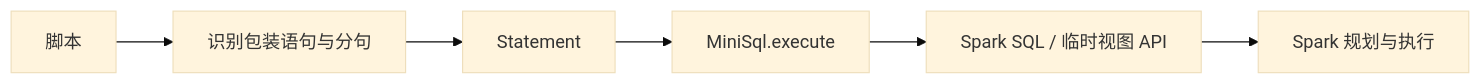
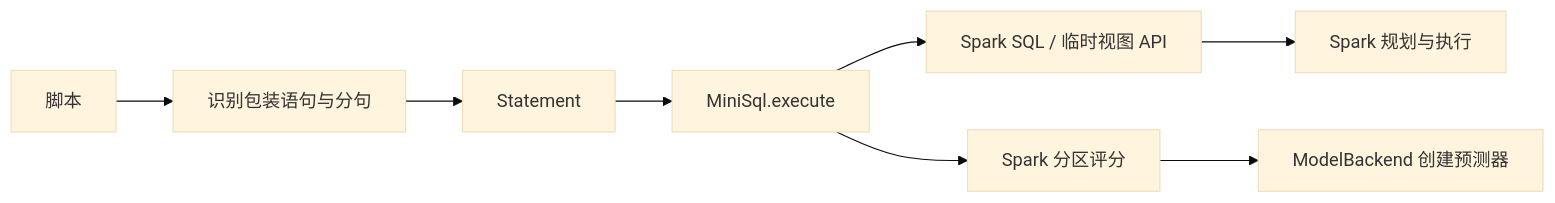
One commit to ciqle/spark-sql-mini changed the diagram in README.md. Above: the diagram before and after it, drawn with Mermaid (base theme). The commit also changed other lines of this file and 13 other files, not shown here.

````diff
--- a/README.md
+++ b/README.md
@@ -60,8 +82,10 @@
 ```mermaid
 flowchart LR
     A[脚本] --> B[识别包装语句与分句]
     B --> C[Statement]
     C --> D[MiniSql.execute]
     D --> E[Spark SQL / 临时视图 API]
     E --> F[Spark 规划与执行]
+    D --> G[Spark 分区评分]
+    G --> H[ModelBackend 创建预测器]
 ```
````
